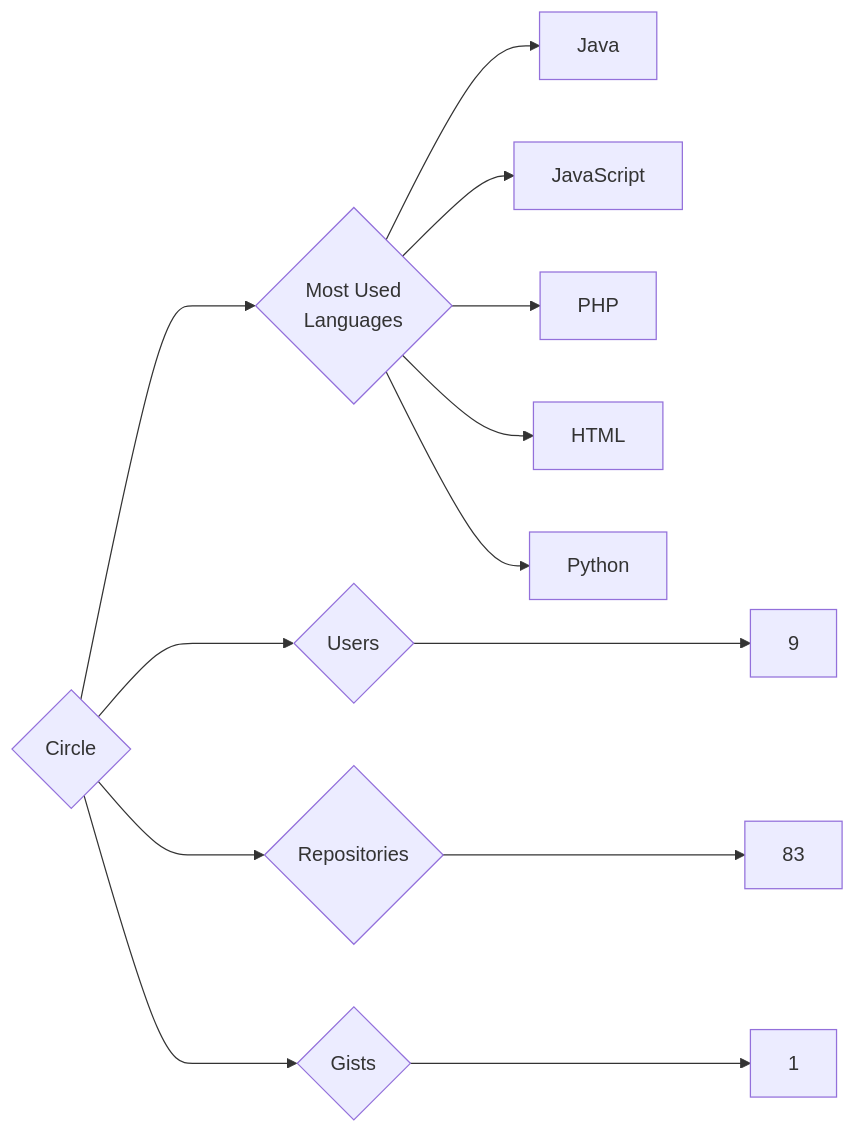
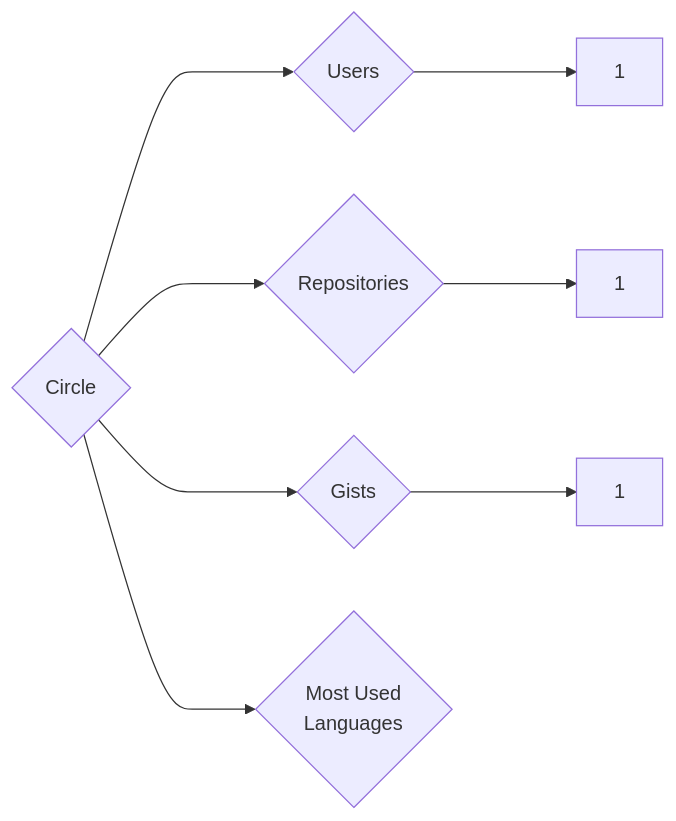
One commit to trickest/insiders changed the diagram in targets/Circle/README.md. Above: the diagram before and after it, drawn with Mermaid. The commit also changed 622 other files, not shown here.

````diff
--- a/targets/Circle/README.md
+++ b/targets/Circle/README.md
@@ -3,13 +3,8 @@
 ```mermaid
 graph LR
 COMPANY_NAME{Circle}
-COMPANY_NAME ---> U{Users} ---> UN[9]
-COMPANY_NAME ---> R{Repositories} ---> RN[83]
+COMPANY_NAME ---> U{Users} ---> UN[1]
+COMPANY_NAME ---> R{Repositories} ---> RN[1]
 COMPANY_NAME ---> G{Gists} ---> GN[1]
 COMPANY_NAME ---> ML{Most Used<br>Languages}
-ML --> Java[Java]
-ML --> JavaScript[JavaScript]
-ML --> PHP[PHP]
-ML --> HTML[HTML]
-ML --> Python[Python]
 ```
````
